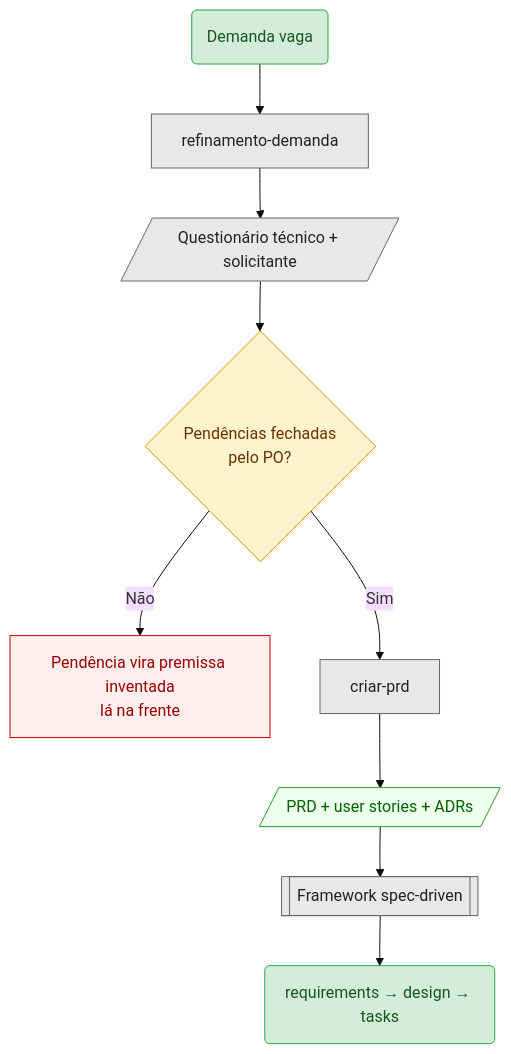
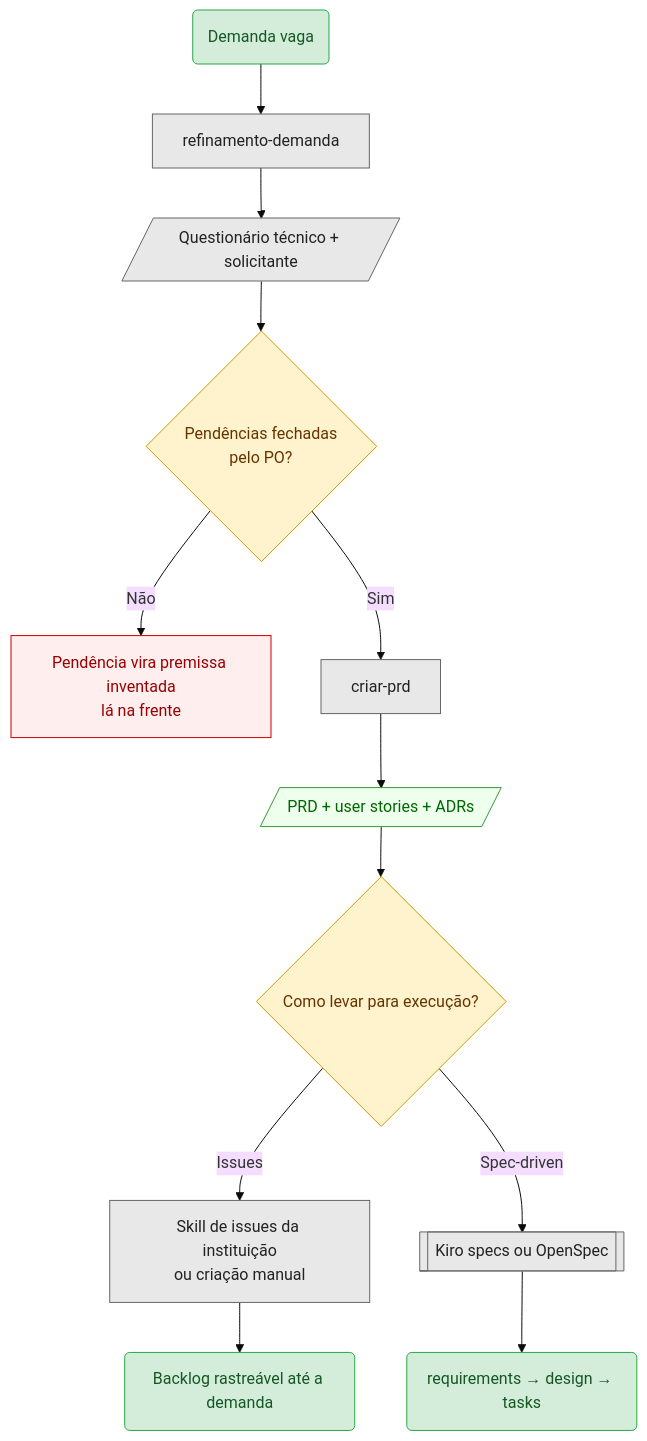
The diagram in skills/requisitos/refinamento-demanda/README.md (estrazulas/skills), drawn with Mermaid before and after one commit. The commit also changed other lines of this file and 2 other files, not shown here.

First line of the commit message:
docs: nivela READMEs de criar-prd e criar-mermaid, e fecha a cadeia ate issues

````diff
--- a/skills/requisitos/refinamento-demanda/README.md
+++ b/skills/requisitos/refinamento-demanda/README.md
@@ -229,24 +229,27 @@
 ```mermaid
 %%{init: {'theme': 'base'}}%%
 graph TD
   A(Demanda vaga) --> B[refinamento-demanda]
   B --> C[/Questionário técnico + solicitante/]
   C --> D{Pendências fechadas<br/>pelo PO?}
   D -->|Não| E[Pendência vira premissa inventada<br/>lá na frente]
   D -->|Sim| F[criar-prd]
   F --> G[/PRD + user stories + ADRs/]
-  G --> H[[Framework spec-driven]]
-  H --> I(requirements → design → tasks)
+  G --> H{Como levar para execução?}
+  H -->|Issues| I[Skill de issues da instituição<br/>ou criação manual]
+  H -->|Spec-driven| J[[Kiro specs ou OpenSpec]]
+  I --> K(Backlog rastreável até a demanda)
+  J --> L(requirements → design → tasks)
 
   classDef error fill:#fee,color:#900,stroke:#c00
   classDef success fill:#efe,color:#060,stroke:#393
   classDef decision fill:#fff3cd,color:#630,stroke:#c90
   classDef action fill:#e8e8e8,color:#222,stroke:#666
   classDef startend fill:#d4edda,color:#155724,stroke:#28a745
 
   class E error
   class G success
-  class D decision
-  class B,C,F,H action
-  class A,I startend
+  class D,H decision
+  class B,C,F,I,J action
+  class A,K,L startend
 ```
````
